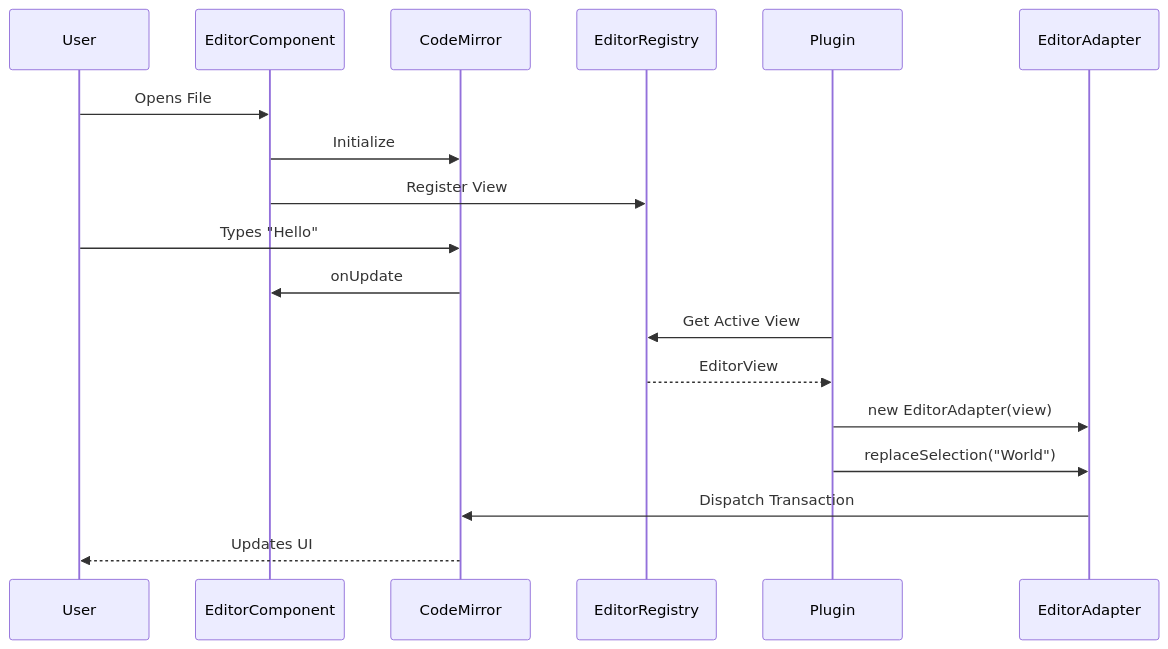
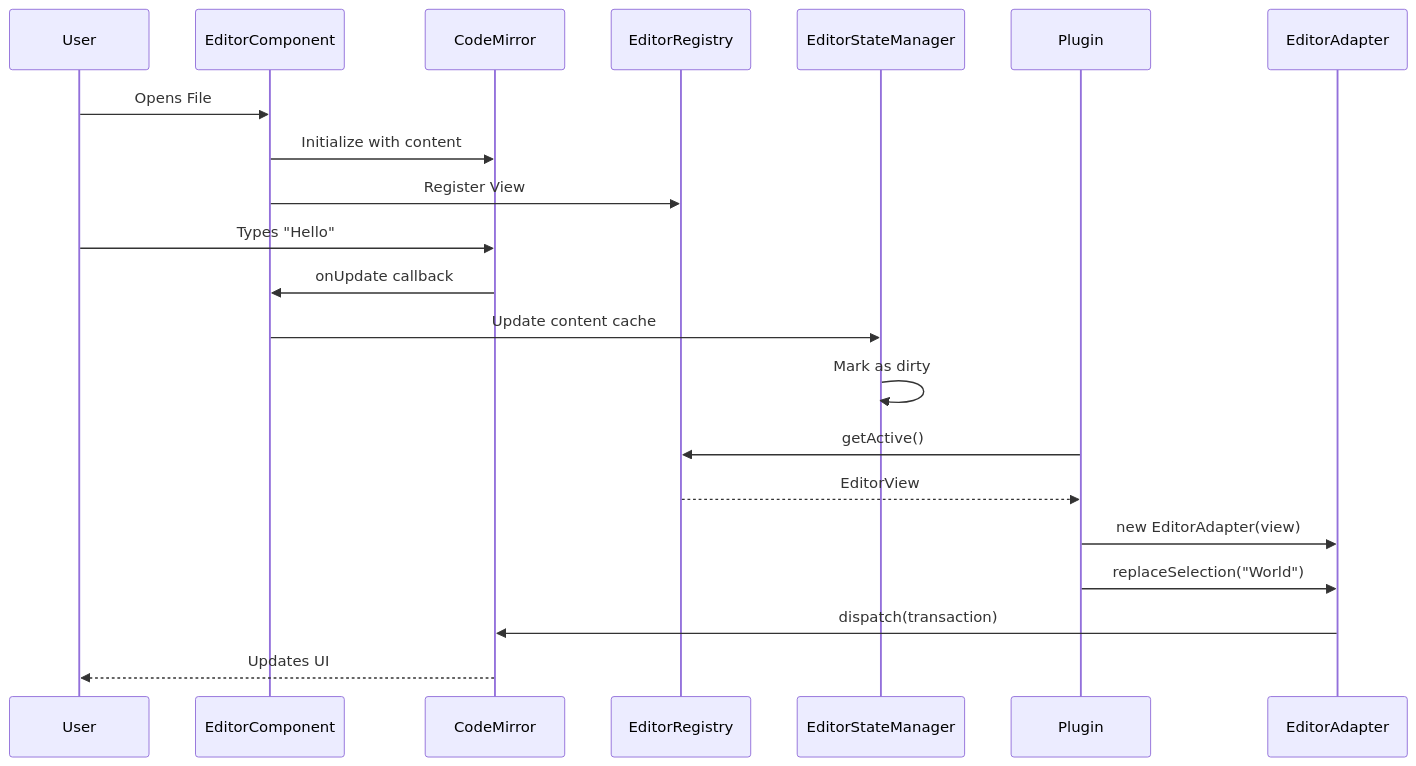
The diagram in docs/architecture/editor.md (inkdown/inkdown), drawn with Mermaid before and after one commit. The commit also changed other lines of this file and 22 other files, not shown here.

````diff
--- a/docs/architecture/editor.md
+++ b/docs/architecture/editor.md
@@ -24,23 +47,26 @@
 ```mermaid
 sequenceDiagram
     participant User
     participant EditorComponent
     participant CodeMirror
     participant EditorRegistry
+    participant EditorStateManager
     participant Plugin
     participant EditorAdapter
 
     User->>EditorComponent: Opens File
-    EditorComponent->>CodeMirror: Initialize
+    EditorComponent->>CodeMirror: Initialize with content
     EditorComponent->>EditorRegistry: Register View
     
     User->>CodeMirror: Types "Hello"
-    CodeMirror->>EditorComponent: onUpdate
+    CodeMirror->>EditorComponent: onUpdate callback
+    EditorComponent->>EditorStateManager: Update content cache
+    EditorStateManager->>EditorStateManager: Mark as dirty
     
-    Plugin->>EditorRegistry: Get Active View
+    Plugin->>EditorRegistry: getActive()
     EditorRegistry-->>Plugin: EditorView
     Plugin->>EditorAdapter: new EditorAdapter(view)
     Plugin->>EditorAdapter: replaceSelection("World")
-    EditorAdapter->>CodeMirror: Dispatch Transaction
+    EditorAdapter->>CodeMirror: dispatch(transaction)
     CodeMirror-->>User: Updates UI
 ```
````
